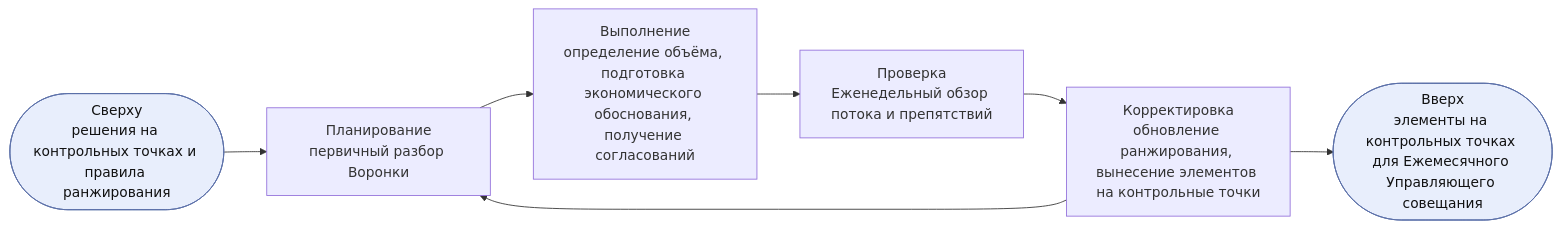
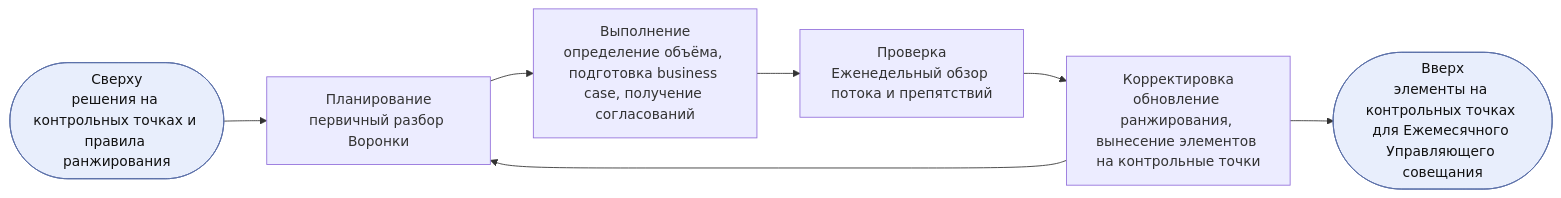
One commit to devhogu/ob-aicc changed the fourth of 8 diagrams in charter/ru/documents/portfolio-management-model.md. Above: the diagram before and after it, drawn with Mermaid. The commit also changed other lines of this file and 768 other files, not shown here.

````diff
--- a/charter/ru/documents/portfolio-management-model.md
+++ b/charter/ru/documents/portfolio-management-model.md
@@ -114,7 +114,7 @@
 ```mermaid
 flowchart LR
   IN(["Сверху<br/>решения на контрольных точках и правила ранжирования"]):::iface --> P
-  P["Планирование<br/>первичный разбор Воронки"] --> D["Выполнение<br/>определение объёма, подготовка экономического обоснования, получение согласований"] --> C["Проверка<br/>Еженедельный обзор потока и препятствий"] --> A["Корректировка<br/>обновление ранжирования, вынесение элементов на контрольные точки"] --> P
+  P["Планирование<br/>первичный разбор Воронки"] --> D["Выполнение<br/>определение объёма, подготовка business case, получение согласований"] --> C["Проверка<br/>Еженедельный обзор потока и препятствий"] --> A["Корректировка<br/>обновление ранжирования, вынесение элементов на контрольные точки"] --> P
   A --> UP(["Вверх<br/>элементы на контрольных точках для Ежемесячного Управляющего совещания"]):::iface
   classDef iface fill:#e8eefc,stroke:#5a6fa8,color:#111
 ```
````
